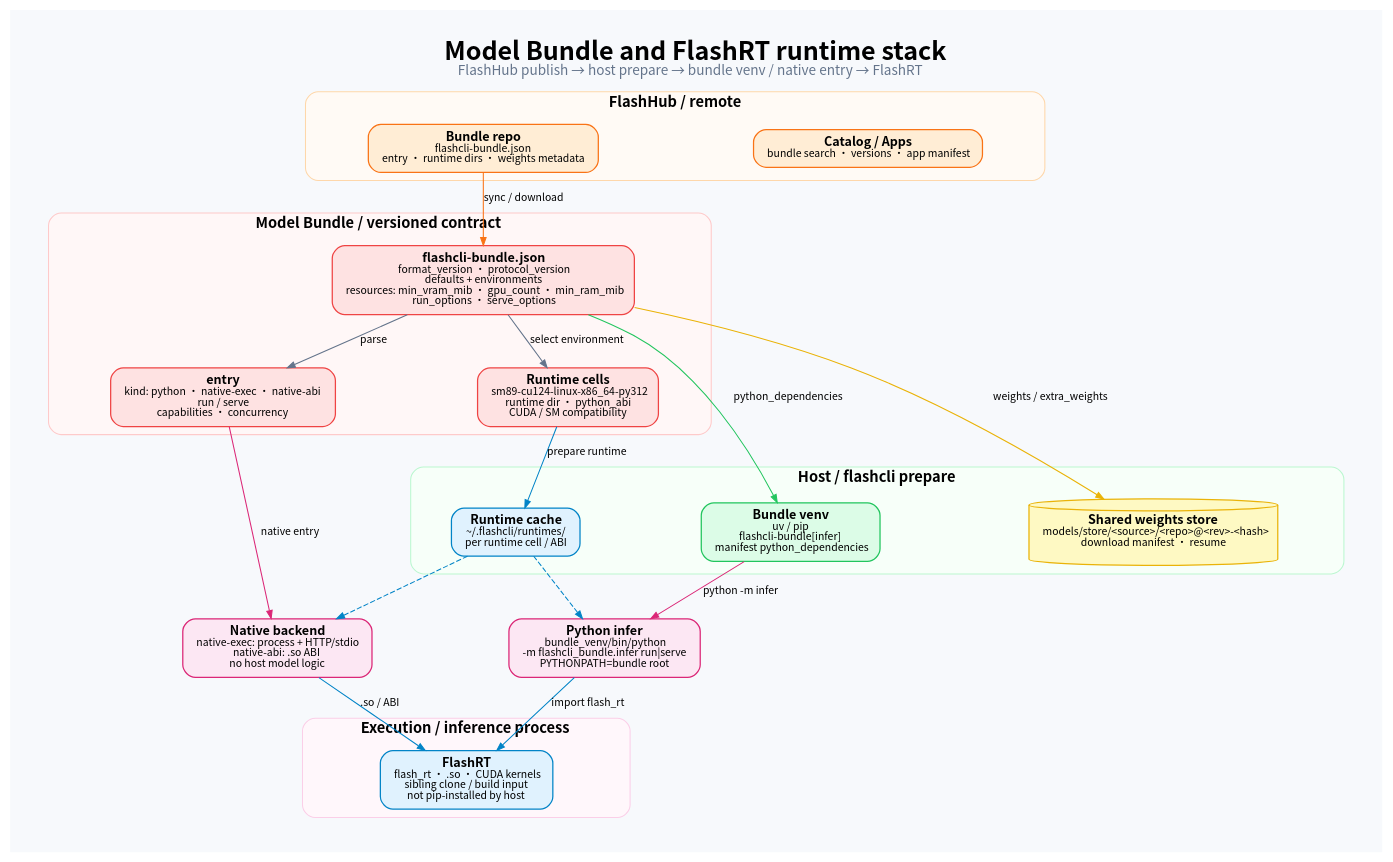
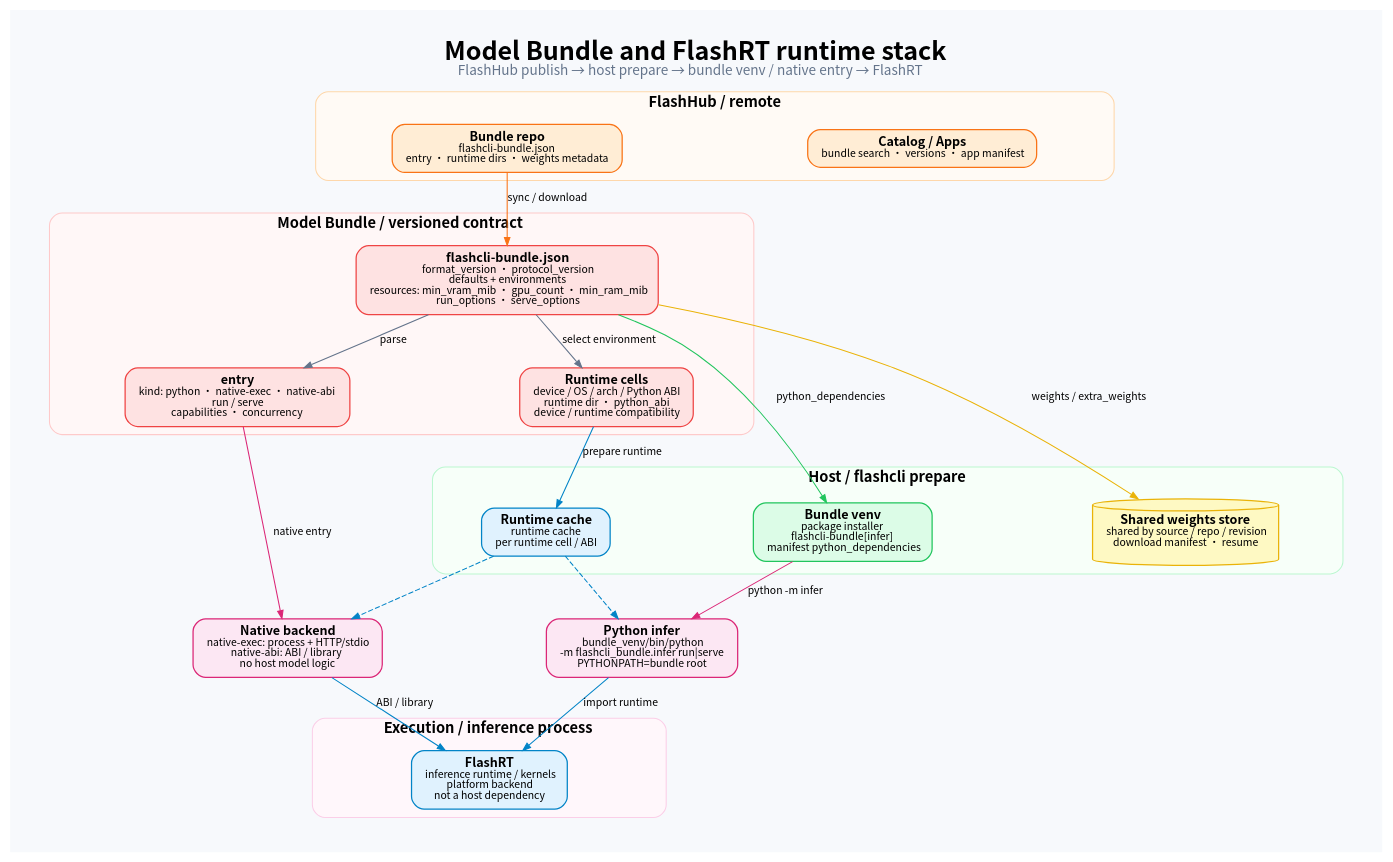
Before and after one commit to aodianyun/flashcli: the diagram in docs/images/bundle-runtime-stack.en.dot, drawn with Graphviz. The commit also changed 29 other files, not shown here.

First line of the commit message:
docs(architecture): generalize platform and endpoint details

```diff
--- a/docs/images/bundle-runtime-stack.en.dot
+++ b/docs/images/bundle-runtime-stack.en.dot
@@ -1,49 +1,49 @@
 digraph BundleRuntimeStackEN {
   graph [rankdir=TB, bgcolor="#f7f9fc", pad=0.35, nodesep=0.5, ranksep=0.55,
          fontname="Noto Sans CJK SC", fontsize=24, labelloc="t", size="16,9!", ratio=fill,
          label=<<B>Model Bundle and FlashRT runtime stack</B><BR/><FONT POINT-SIZE="13" COLOR="#64748b">FlashHub publish → host prepare → bundle venv / native entry → FlashRT</FONT>>];
   node [shape=box, style="rounded,filled", fontname="Noto Sans CJK SC",
         fontsize=12, margin="0.18,0.10", penwidth=1.2, color="#94a3b8"];
   edge [fontname="Noto Sans CJK SC", fontsize=10, color="#64748b", arrowsize=0.75];
 
   subgraph cluster_hub {
     label=<<B>FlashHub / remote</B>>; fontsize=14; color="#fed7aa"; style="rounded,filled"; fillcolor="#fffaf5";
     catalog [fillcolor="#ffedd5", color="#f97316", label=<<B>Catalog / Apps</B><BR/><FONT POINT-SIZE="10">bundle search · versions · app manifest</FONT>>];
     repo [fillcolor="#ffedd5", color="#f97316", label=<<B>Bundle repo</B><BR/><FONT POINT-SIZE="10">flashcli-bundle.json<BR/>entry · runtime dirs · weights metadata</FONT>>];
   }
 
   subgraph cluster_bundle {
     label=<<B>Model Bundle / versioned contract</B>>; fontsize=14; color="#fecaca"; style="rounded,filled"; fillcolor="#fff7f7";
     manifest [fillcolor="#fee2e2", color="#ef4444", label=<<B>flashcli-bundle.json</B><BR/><FONT POINT-SIZE="10">format_version · protocol_version<BR/>defaults + environments<BR/>resources: min_vram_mib · gpu_count · min_ram_mib<BR/>run_options · serve_options</FONT>>];
     entry [fillcolor="#fee2e2", color="#ef4444", label=<<B>entry</B><BR/><FONT POINT-SIZE="10">kind: python · native-exec · native-abi<BR/>run / serve<BR/>capabilities · concurrency</FONT>>];
-    cells [fillcolor="#fee2e2", color="#ef4444", label=<<B>Runtime cells</B><BR/><FONT POINT-SIZE="10">sm89-cu124-linux-x86_64-py312<BR/>runtime dir · python_abi<BR/>CUDA / SM compatibility</FONT>>];
+    cells [fillcolor="#fee2e2", color="#ef4444", label=<<B>Runtime cells</B><BR/><FONT POINT-SIZE="10">device / OS / arch / Python ABI<BR/>runtime dir · python_abi<BR/>device / runtime compatibility</FONT>>];
   }
 
   subgraph cluster_host {
     label=<<B>Host / flashcli prepare</B>>; fontsize=14; color="#bbf7d0"; style="rounded,filled"; fillcolor="#f7fff9";
-    venv [fillcolor="#dcfce7", color="#22c55e", label=<<B>Bundle venv</B><BR/><FONT POINT-SIZE="10">uv / pip<BR/>flashcli-bundle[infer]<BR/>manifest python_dependencies</FONT>>];
-    weights [shape=cylinder, fillcolor="#fef9c3", color="#eab308", label=<<B>Shared weights store</B><BR/><FONT POINT-SIZE="10">models/store/&lt;source&gt;/&lt;repo&gt;@&lt;rev&gt;-&lt;hash&gt;<BR/>download manifest · resume</FONT>>];
-    runtime [fillcolor="#e0f2fe", color="#0284c7", label=<<B>Runtime cache</B><BR/><FONT POINT-SIZE="10">~/.flashcli/runtimes/<BR/>per runtime cell / ABI</FONT>>];
+    venv [fillcolor="#dcfce7", color="#22c55e", label=<<B>Bundle venv</B><BR/><FONT POINT-SIZE="10">package installer<BR/>flashcli-bundle[infer]<BR/>manifest python_dependencies</FONT>>];
+    weights [shape=cylinder, fillcolor="#fef9c3", color="#eab308", label=<<B>Shared weights store</B><BR/><FONT POINT-SIZE="10">shared by source / repo / revision<BR/>download manifest · resume</FONT>>];
+    runtime [fillcolor="#e0f2fe", color="#0284c7", label=<<B>Runtime cache</B><BR/><FONT POINT-SIZE="10">runtime cache<BR/>per runtime cell / ABI</FONT>>];
   }
 
   subgraph cluster_exec {
     label=<<B>Execution / inference process</B>>; fontsize=14; color="#fbcfe8"; style="rounded,filled"; fillcolor="#fff7fb";
     py [fillcolor="#fce7f3", color="#db2777", label=<<B>Python infer</B><BR/><FONT POINT-SIZE="10">bundle_venv/bin/python<BR/>-m flashcli_bundle.infer run|serve<BR/>PYTHONPATH=bundle root</FONT>>];
-    native [fillcolor="#fce7f3", color="#db2777", label=<<B>Native backend</B><BR/><FONT POINT-SIZE="10">native-exec: process + HTTP/stdio<BR/>native-abi: .so ABI<BR/>no host model logic</FONT>>];
-    flashrt [fillcolor="#e0f2fe", color="#0284c7", label=<<B>FlashRT</B><BR/><FONT POINT-SIZE="10">flash_rt · .so · CUDA kernels<BR/>sibling clone / build input<BR/>not pip-installed by host</FONT>>];
+    native [fillcolor="#fce7f3", color="#db2777", label=<<B>Native backend</B><BR/><FONT POINT-SIZE="10">native-exec: process + HTTP/stdio<BR/>native-abi: ABI / library<BR/>no host model logic</FONT>>];
+    flashrt [fillcolor="#e0f2fe", color="#0284c7", label=<<B>FlashRT</B><BR/><FONT POINT-SIZE="10">inference runtime / kernels<BR/>platform backend<BR/>not a host dependency</FONT>>];
   }
 
   repo -> manifest [label="sync / download", color="#f97316"];
   manifest -> entry [label="parse"];
   manifest -> cells [label="select environment"];
   manifest -> venv [label="python_dependencies", color="#22c55e"];
   manifest -> weights [label="weights / extra_weights", color="#eab308"];
   cells -> runtime [label="prepare runtime", color="#0284c7"];
   venv -> py [label="python -m infer", color="#db2777"];
   entry -> native [label="native entry", color="#db2777"];
-  py -> flashrt [label="import flash_rt", color="#0284c7"];
-  native -> flashrt [label=".so / ABI", color="#0284c7"];
+  py -> flashrt [label="import runtime", color="#0284c7"];
+  native -> flashrt [label="ABI / library", color="#0284c7"];
   runtime -> py [style=dashed, color="#0284c7"];
   runtime -> native [style=dashed, color="#0284c7"];
   { rank=same; py; native; }
 }
```
